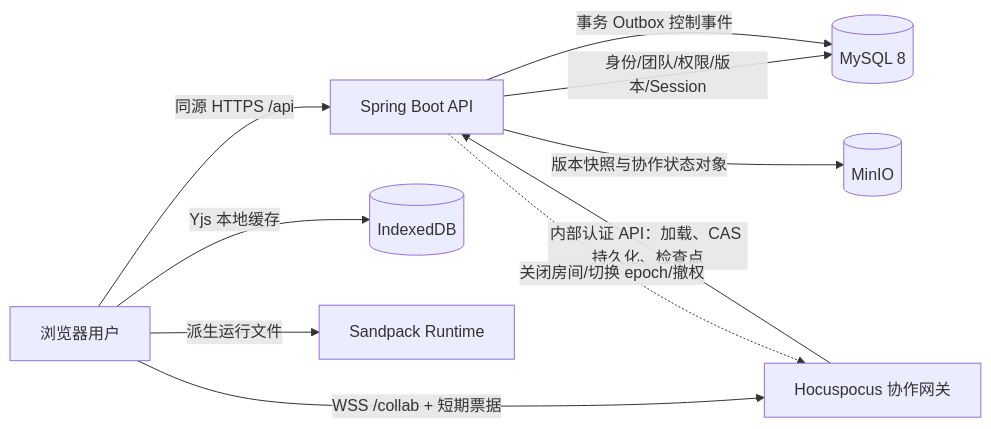
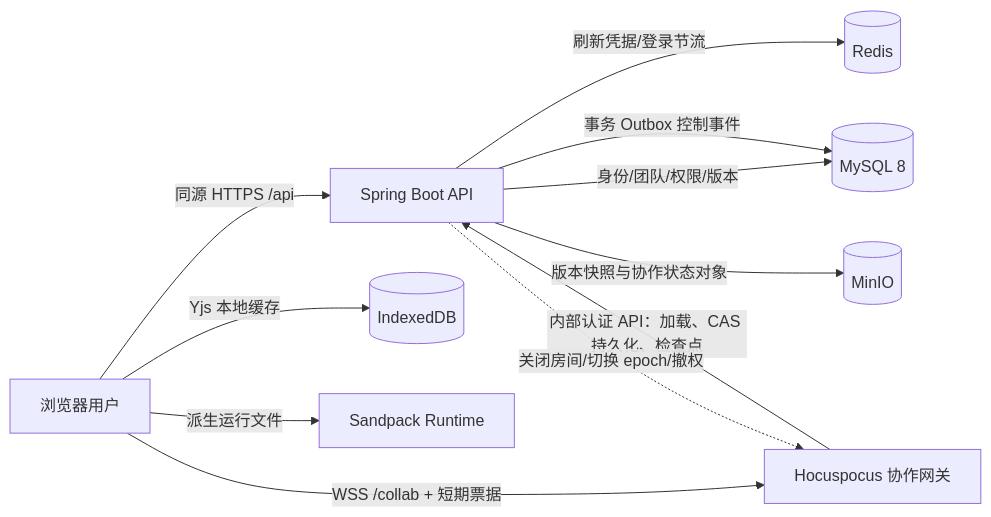
One commit to pl-2005/front-end-editor changed the first of 3 diagrams in docs/V__2/00-overall-plan.md. Above: the diagram before and after it, drawn with Mermaid. The commit also changed other lines of this file and 15 other files, not shown here.

````diff
--- a/docs/V__2/00-overall-plan.md
+++ b/docs/V__2/00-overall-plan.md
@@ -103,13 +102,14 @@
 ```mermaid
 flowchart LR
     U[浏览器用户] -->|同源 HTTPS /api| API[Spring Boot API]
     U -->|WSS /collab + 短期票据| GW[Hocuspocus 协作网关]
     U -->|Yjs 本地缓存| IDB[(IndexedDB)]
     U -->|派生运行文件| SP[Sandpack Runtime]
 
-    API -->|身份/团队/权限/版本/Session| DB[(MySQL 8)]
+    API -->|身份/团队/权限/版本| DB[(MySQL 8)]
+    API -->|刷新凭据/登录节流| REDIS[(Redis)]
     API -->|版本快照与协作状态对象| OBJ[(MinIO)]
     GW -->|内部认证 API：加载、CAS 持久化、检查点| API
     API -->|事务 Outbox 控制事件| DB
     API -.->|关闭房间/切换 epoch/撤权| GW
 ```
````
